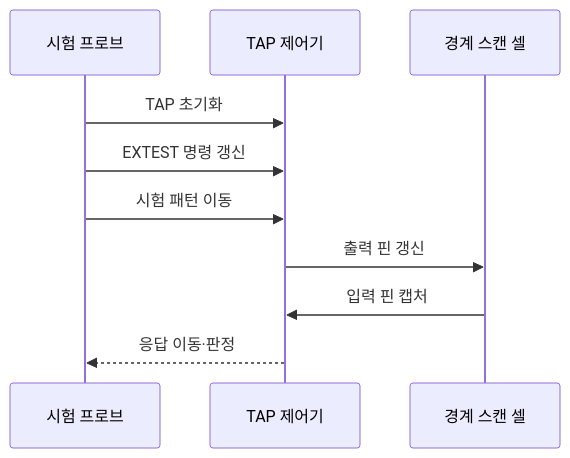
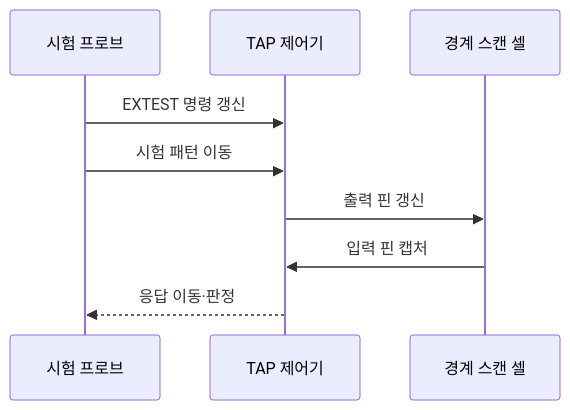
One commit to agnusdei1207/knowledge-base changed the second of 2 diagrams in src/content/docs/notes/02-hardware/065_jtag.md. Above: the diagram before and after it, drawn with Mermaid. The commit also changed other lines of this file and 17 other files, not shown here.

````diff
--- a/src/content/docs/notes/02-hardware/065_jtag.md
+++ b/src/content/docs/notes/02-hardware/065_jtag.md
@@ -89,12 +89,11 @@
 ```mermaid
 sequenceDiagram
     participant P as 시험 프로브
     participant T as TAP 제어기
     participant B as 경계 스캔 셀
-    P->>T: TAP 초기화
     P->>T: EXTEST 명령 갱신
     P->>T: 시험 패턴 이동
     T->>B: 출력 핀 갱신
     B->>T: 입력 핀 캡처
     T-->>P: 응답 이동·판정
 ```
````
